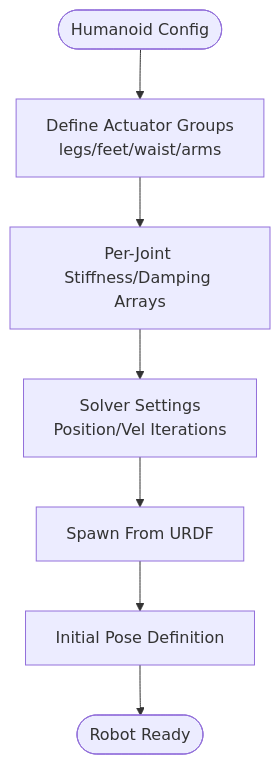
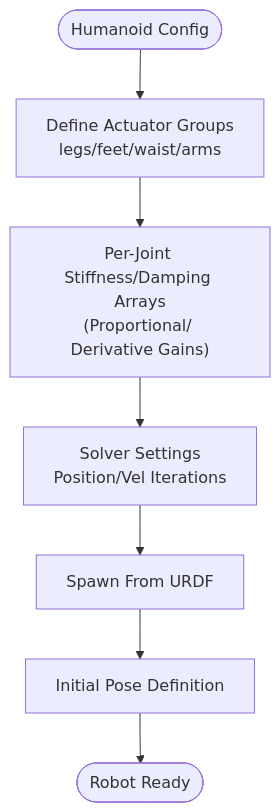
The sixth of 8 diagrams in .qoder/repowiki/en/content/Asset Management System/Robot Asset Configuration.md (jayjayhust/robot_lab), drawn with Mermaid before and after one commit. The commit also changed other lines of this file and 6 other files, not shown here.

````diff
--- a/.qoder/repowiki/en/content/Asset Management System/Robot Asset Configuration.md
+++ b/.qoder/repowiki/en/content/Asset Management System/Robot Asset Configuration.md
@@ -296,9 +290,9 @@
 ```mermaid
 flowchart TD
 Start(["Humanoid Config"]) --> DefineGroups["Define Actuator Groups<br/>legs/feet/waist/arms"]
-DefineGroups --> PerJoint["Per-Joint Stiffness/Damping Arrays"]
+DefineGroups --> PerJoint["Per-Joint Stiffness/Damping Arrays<br/>(Proportional/ Derivative Gains)"]
 PerJoint --> Solver["Solver Settings<br/>Position/Vel Iterations"]
 Solver --> Spawn["Spawn From URDF"]
 Spawn --> InitPose["Initial Pose Definition"]
 InitPose --> Ready(["Robot Ready"])
 ```
````
